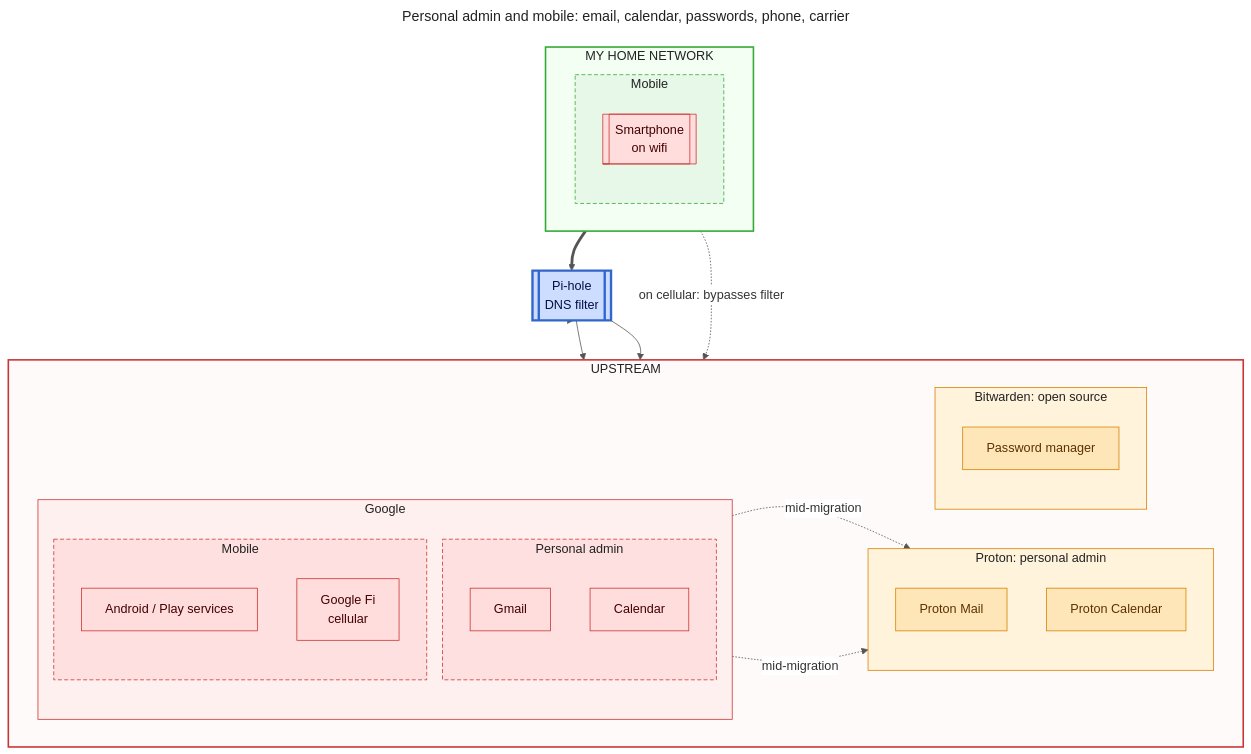
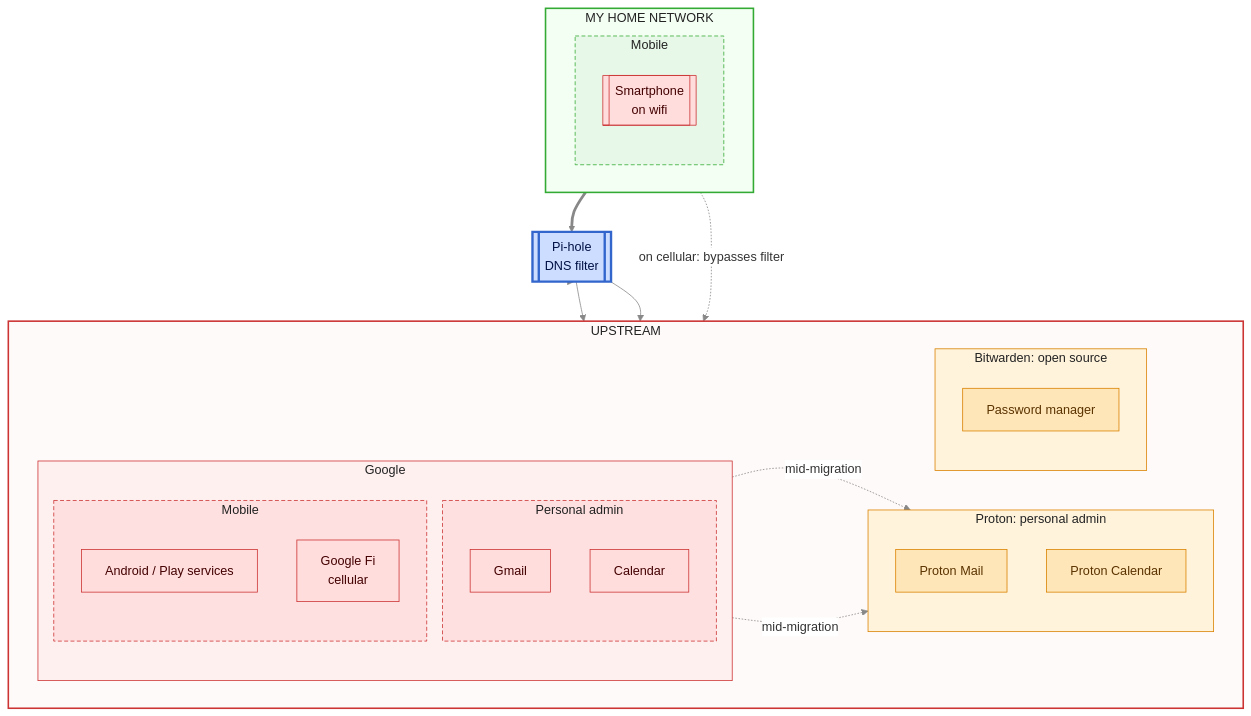
Before and after one commit to lowlydba/torch-the-tech: the fourth of 4 diagrams in README.md, drawn with Mermaid. The commit also changed other lines of this file, not shown here.

Commit message:
Rework legend, drop chart titles for dark mode

````diff
--- a/README.md
+++ b/README.md
@@ -188,77 +236,76 @@
 ```mermaid
 ---
-title: "Personal admin and mobile: email, calendar, passwords, phone, carrier"
 config:
   theme: base
   themeVariables:
     textColor: '#222222'
     titleColor: '#222222'
     edgeLabelBackground: '#ffffff'
-    lineColor: '#555555'
+    lineColor: '#888888'
 ---
 flowchart TB
     subgraph home["MY HOME NETWORK"]
         direction LR
 
         subgraph h_mobile["Mobile"]
             direction TB
             pixel[[Smartphone<br/>on wifi]]
         end
     end
 
     pihole[[Pi-hole<br/>DNS filter]]
 
     subgraph out["UPSTREAM"]
         direction LR
 
         subgraph google["Google"]
             direction TB
 
             subgraph g_admin["Personal admin"]
                 gmail[Gmail]
                 gcal[Calendar]
             end
 
             subgraph g_mobile["Mobile"]
                 gapps[Android / Play services]
                 fi[Google Fi<br/>cellular]
             end
         end
 
         subgraph proton["Proton: personal admin"]
             direction TB
             pmail[Proton Mail]
             pcal[Proton Calendar]
         end
 
         subgraph bitwarden["Bitwarden: open source"]
             bw[Password manager]
         end
     end
 
     h_mobile ==> pihole
     pihole ==> google
     pihole --> proton
     pihole --> bitwarden
 
     pixel -. "on cellular: bypasses filter" .-> fi
     gmail -. "mid-migration" .-> pmail
     gcal -. "mid-migration" .-> pcal
 
     classDef big fill:#fdd,stroke:#c33,color:#400
     classDef self fill:#dfd,stroke:#3a3,color:#040
     classDef gate fill:#cdf,stroke:#36c,stroke-width:3px,color:#014
     classDef hosted fill:#ffe6b8,stroke:#d98200,color:#5a3300
     class gmail,gcal,gapps,fi big
     class pmail,pcal,bw hosted
     class pixel big
     class pihole gate
     style home fill:#f4fff4,stroke:#3a3,stroke-width:2px,color:#222
     style out fill:#fffafa,stroke:#c33,stroke-width:2px,color:#222
     style h_mobile fill:#e8f8e8,stroke:#3a3,stroke-dasharray: 5 3,color:#222
     style google fill:#fff0f0,stroke:#c33,color:#222
     style g_admin fill:#ffe0e0,stroke:#c33,stroke-dasharray: 5 3,color:#222
     style g_mobile fill:#ffe0e0,stroke:#c33,stroke-dasharray: 5 3,color:#222
     style proton fill:#fff3dc,stroke:#d98200,color:#222
     style bitwarden fill:#fff3dc,stroke:#d98200,color:#222
 ```
````
